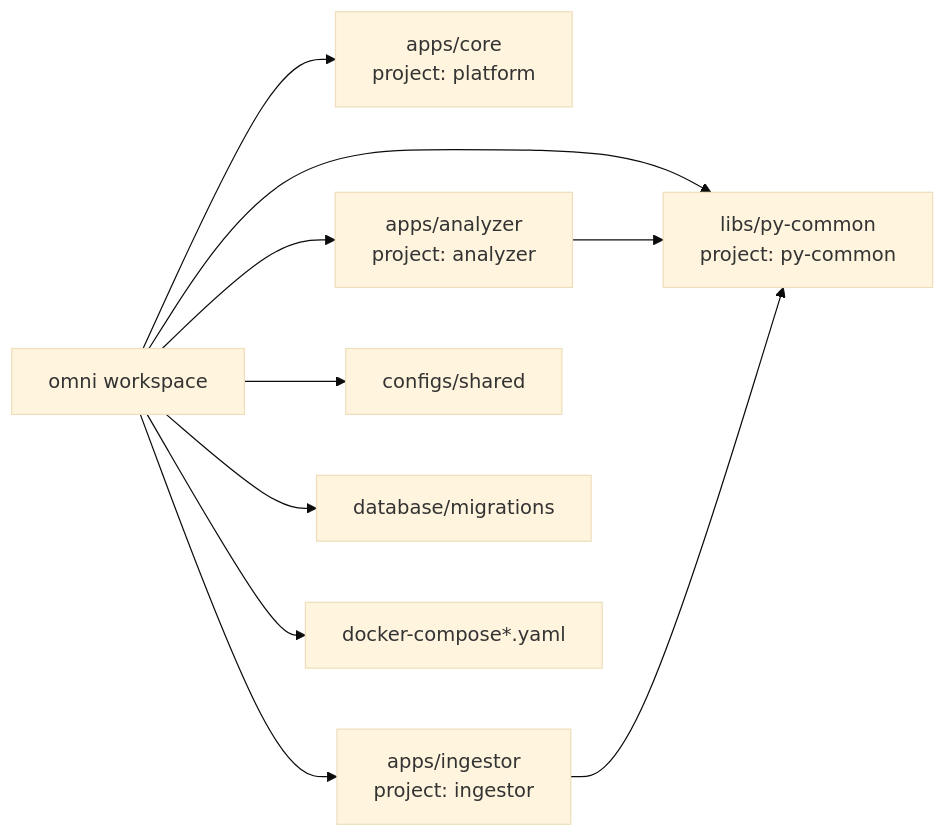
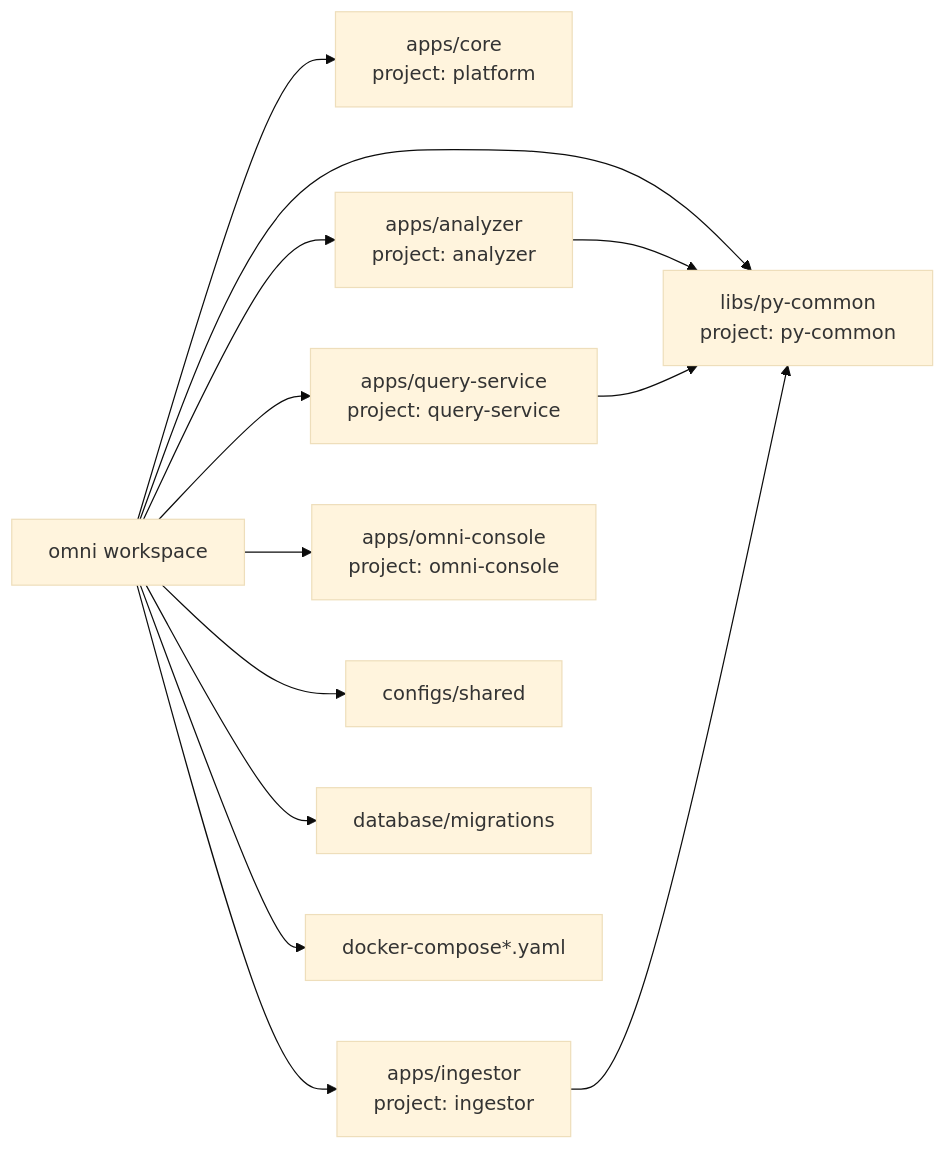
The second of 2 diagrams in docs/architecture/system-overview.md (tanlocit9/omni), drawn with Mermaid (base theme) before and after one commit. The commit also changed other lines of this file and 48 other files, not shown here.

Commit message:
feat(console): add server-side query console

````diff
--- a/docs/architecture/system-overview.md
+++ b/docs/architecture/system-overview.md
@@ -64,21 +73,26 @@
 ```mermaid
 flowchart LR
   Root["omni workspace"]
   Core["apps/core<br/>project: platform"]
   Ingestor["apps/ingestor<br/>project: ingestor"]
   Analyzer["apps/analyzer<br/>project: analyzer"]
+  QueryService["apps/query-service<br/>project: query-service"]
+  Console["apps/omni-console<br/>project: omni-console"]
   Common["libs/py-common<br/>project: py-common"]
   Configs["configs/shared"]
   DB["database/migrations"]
   Compose["docker-compose*.yaml"]
 
   Root --> Core
   Root --> Ingestor
   Root --> Analyzer
+  Root --> QueryService
+  Root --> Console
   Root --> Common
   Root --> Configs
   Root --> DB
   Root --> Compose
   Analyzer --> Common
+  QueryService --> Common
   Ingestor --> Common
 ```
````
